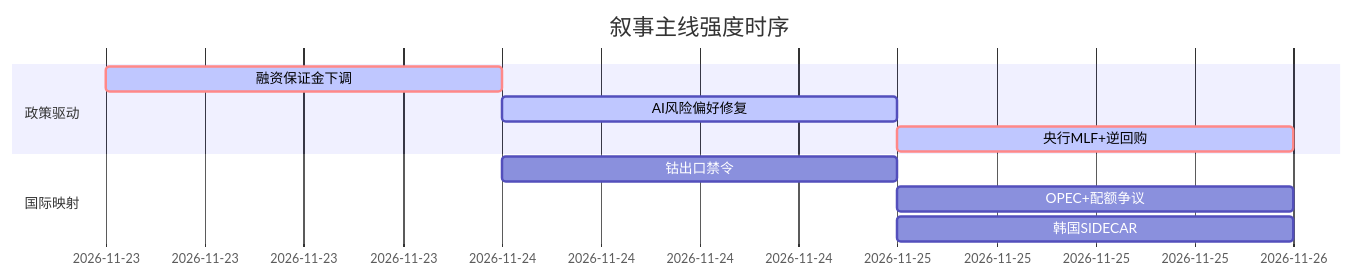
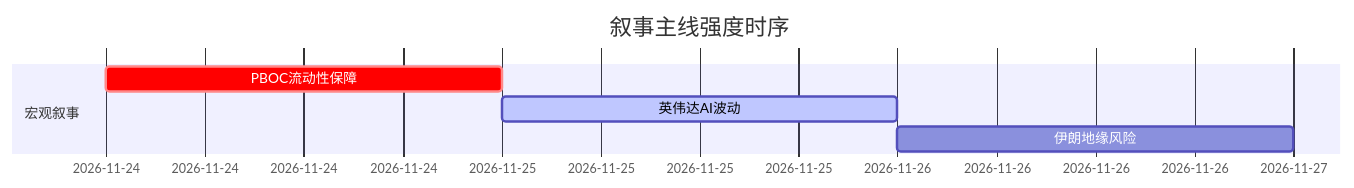
The diagram in 5day_report.md (uu5zn/uu5zn.github.io), drawn with Mermaid before and after one commit. The commit also changed other lines of this file and 24 other files, not shown here.

````diff
--- a/5day_report.md
+++ b/5day_report.md
@@ -54,14 +45,9 @@
 ```mermaid
 gantt
     title 叙事主线强度时序
     dateFormat  YYYY-MM-DD
-    section 政策驱动
-    融资保证金下调   :crit, active, 2026-11-23, 1d
-    AI风险偏好修复   :active, 2026-11-24, 1d
-    央行MLF+逆回购   :crit, active, 2026-11-25, 1d
-    
-    section 国际映射
-    钴出口禁令       :2026-11-24, 1d
-    OPEC+配额争议    :2026-11-25, 1d
-    韩国SIDECAR      :2026-11-25, 1d
+    section 宏观叙事
+    PBOC流动性保障   :crit, 2026-11-24, 1d
+    英伟达AI波动       :active, 2026-11-25, 1d
+    伊朗地缘风险       :2026-11-26, 1d
 ```
````
